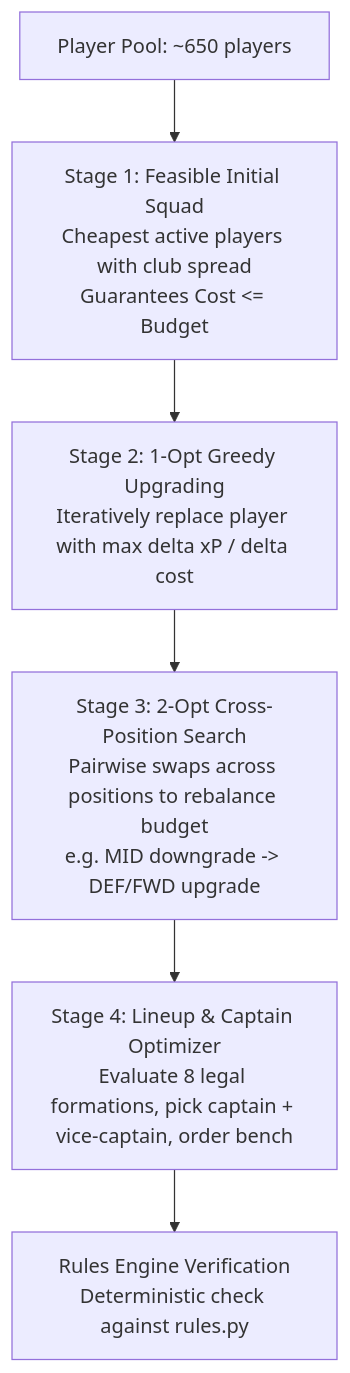
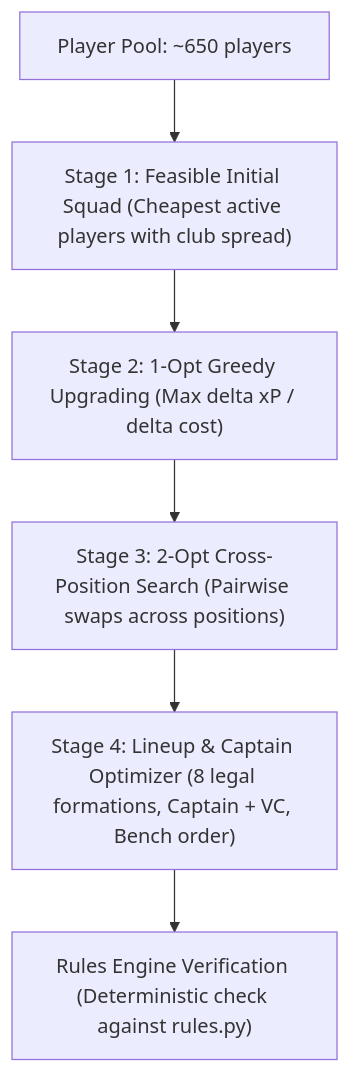
The diagram in docs/optimizer_and_planning.md (marcomessina25/fpl-manager), drawn with Mermaid before and after one commit. The commit also changed other lines of this file and 25 other files, not shown here.

````diff
--- a/docs/optimizer_and_planning.md
+++ b/docs/optimizer_and_planning.md
@@ -58,8 +51,8 @@
 ```mermaid
 flowchart TD
-    A[Player Pool: ~650 players] --> B[Stage 1: Feasible Initial Squad\nCheapest active players with club spread\nGuarantees Cost <= Budget]
-    B --> C[Stage 2: 1-Opt Greedy Upgrading\nIteratively replace player with max delta xP / delta cost]
-    C --> D[Stage 3: 2-Opt Cross-Position Search\nPairwise swaps across positions to rebalance budget\ne.g. MID downgrade -> DEF/FWD upgrade]
-    D --> E[Stage 4: Lineup & Captain Optimizer\nEvaluate 8 legal formations, pick captain + vice-captain, order bench]
-    E --> F[Rules Engine Verification\nDeterministic check against rules.py]
+    A["Player Pool: ~650 players"] --> B["Stage 1: Feasible Initial Squad (Cheapest active players with club spread)"]
+    B --> C["Stage 2: 1-Opt Greedy Upgrading (Max delta xP / delta cost)"]
+    C --> D["Stage 3: 2-Opt Cross-Position Search (Pairwise swaps across positions)"]
+    D --> E["Stage 4: Lineup & Captain Optimizer (8 legal formations, Captain + VC, Bench order)"]
+    E --> F["Rules Engine Verification (Deterministic check against rules.py)"]
 ```
````
